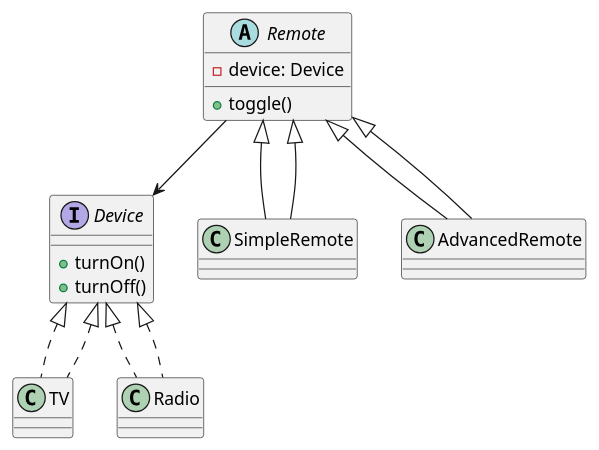
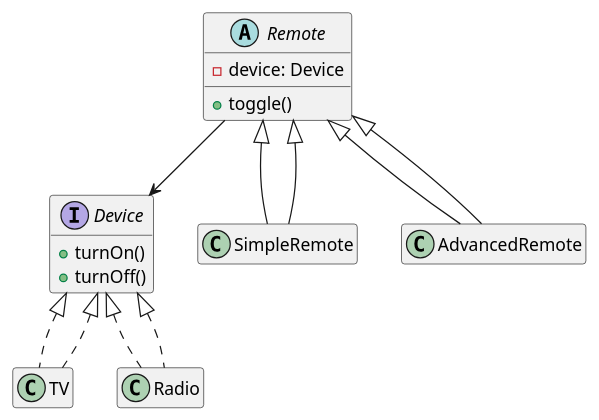
Before and after one commit to traiansf/traiansf.github.io: the third of 8 diagrams in class/amss2025/curs/11-patterns-reloaded.md, drawn with PlantUML. The commit also changed other lines of this file and 2 other files, not shown here.

````diff
--- a/class/amss2025/curs/11-patterns-reloaded.md
+++ b/class/amss2025/curs/11-patterns-reloaded.md
@@ -334,26 +435,27 @@
 ```plantuml
 @startuml
+hide empty members
 interface Device {
     +turnOn()
     +turnOff()
 }
 
 abstract class Remote {
     -device: Device
     +toggle()
 }
 
 class TV implements Device
 class Radio implements Device
 
 class SimpleRemote extends Remote
 class AdvancedRemote extends Remote
 
 Remote --> Device
 Device <|.. TV
 Device <|.. Radio
 
 Remote <|-- SimpleRemote
 Remote <|-- AdvancedRemote
 @enduml
 ```
````
